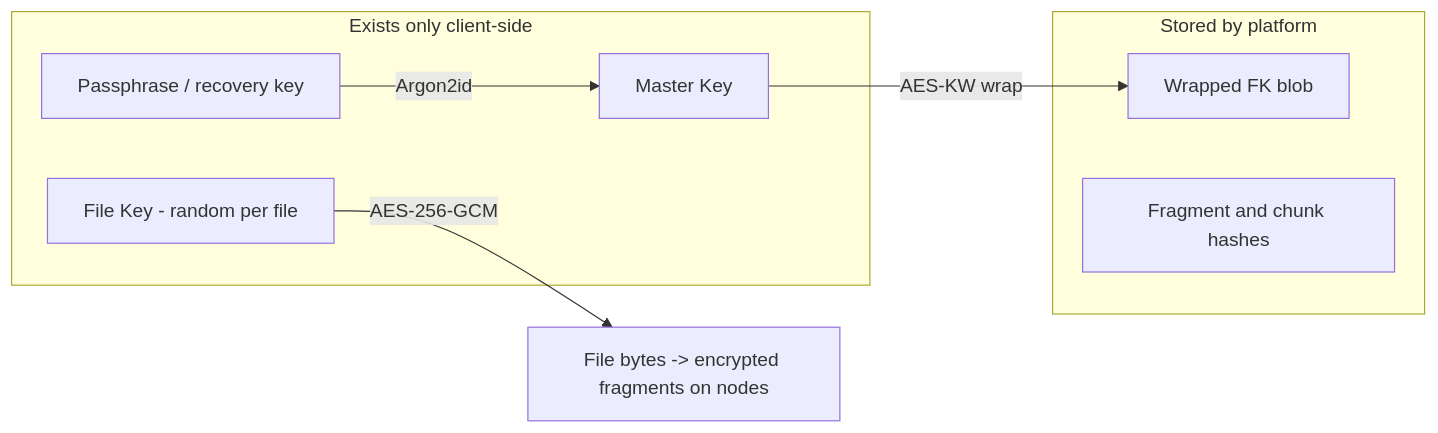
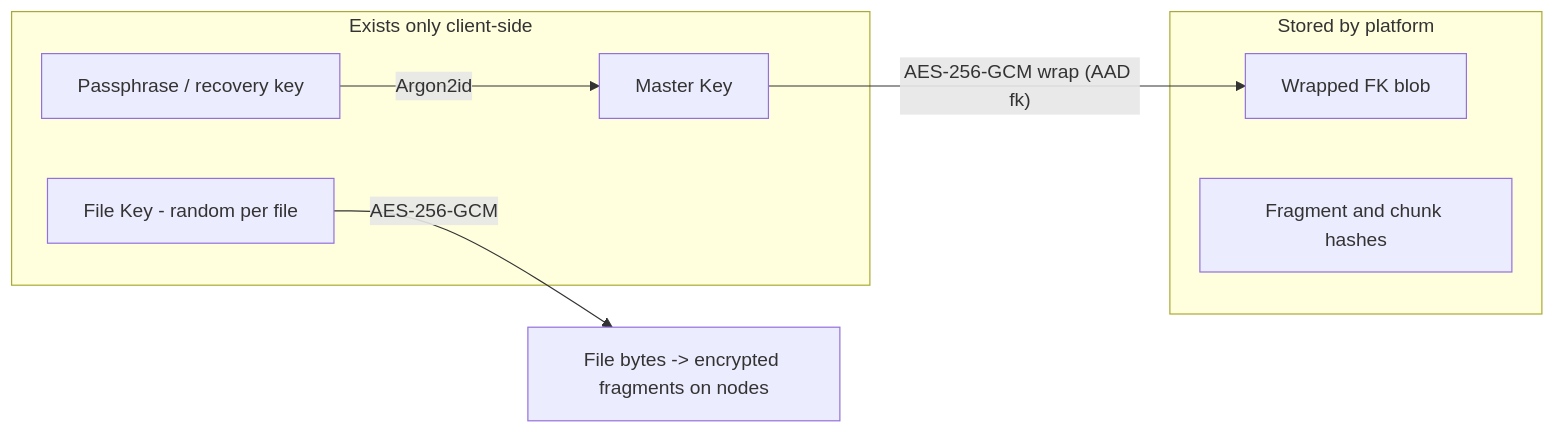
One commit to Rramka/distributed-storage-platform changed the diagram in docs/07-security.md. Above: the diagram before and after it, drawn with Mermaid. The commit also changed other lines of this file and 44 other files, not shown here.

````diff
--- a/docs/07-security.md
+++ b/docs/07-security.md
@@ -21,13 +21,13 @@
 ```mermaid
 flowchart LR
     subgraph clientside [Exists only client-side]
         pw[Passphrase / recovery key] -->|Argon2id| mk[Master Key]
         fk[File Key - random per file]
     end
     subgraph serverside [Stored by platform]
         wrapped[Wrapped FK blob]
         hashes[Fragment and chunk hashes]
     end
-    mk -->|AES-KW wrap| wrapped
+    mk -->|"AES-256-GCM wrap (AAD fk)"| wrapped
     fk -->|AES-256-GCM| bytes[File bytes -> encrypted fragments on nodes]
 ```
````
